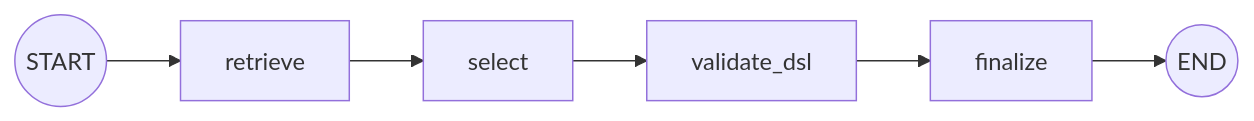
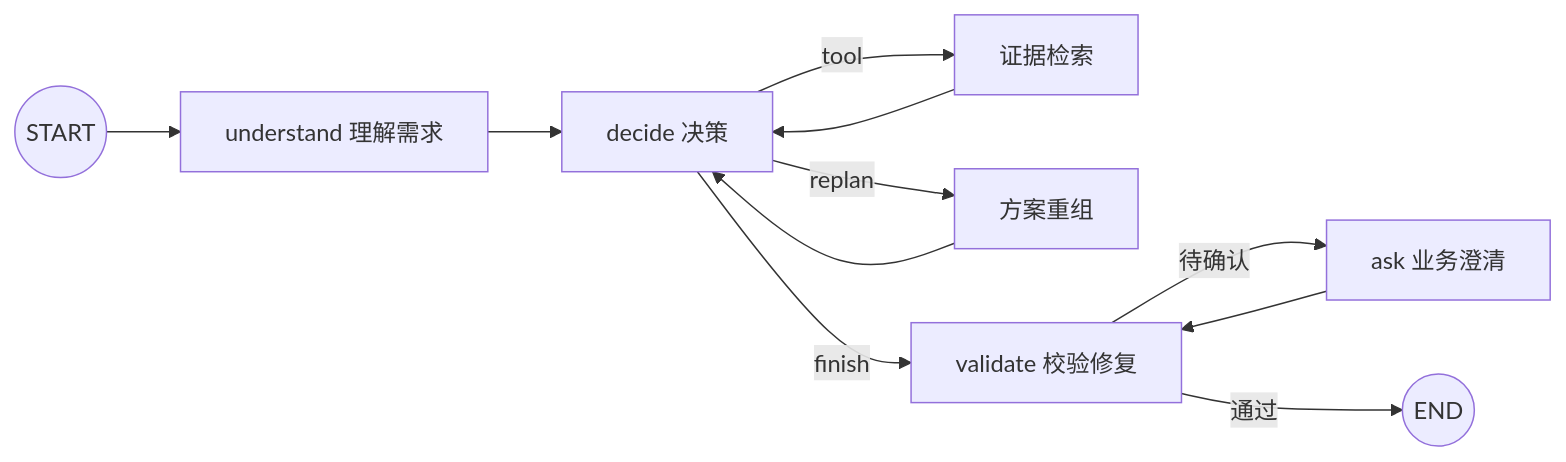
Before and after one commit to WeiZhenshan/tagpilot: the third of 4 diagrams in docs/architecture/标签语义引擎与Agent编排层.md, drawn with Mermaid. The commit also changed other lines of this file and 49 other files, not shown here.

````diff
--- a/docs/architecture/标签语义引擎与Agent编排层.md
+++ b/docs/architecture/标签语义引擎与Agent编排层.md
@@ -230,8 +230,13 @@
 ```mermaid
 flowchart LR
-  START((START)) --> retrieve
-  retrieve --> select
-  select --> validate[validate_dsl]
-  validate --> finalize
-  finalize --> END((END))
+  START((START)) --> start[understand 理解需求]
+  start --> decide[decide 决策]
+  decide -->|tool| tool[证据检索]
+  tool --> decide
+  decide -->|replan| replan[方案重组]
+  replan --> decide
+  decide -->|finish| validate[validate 校验修复]
+  validate -->|待确认| ask[ask 业务澄清]
+  ask --> validate
+  validate -->|通过| END((END))
 ```
````
